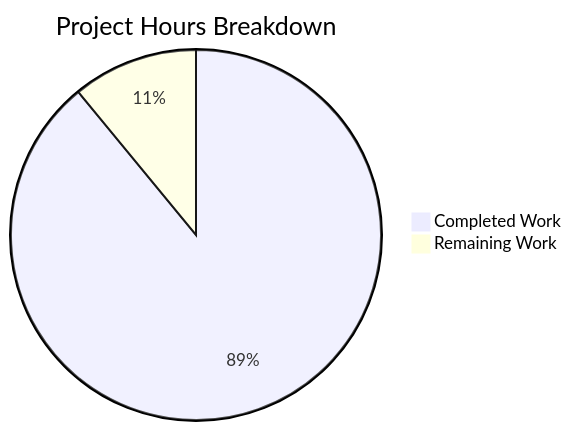
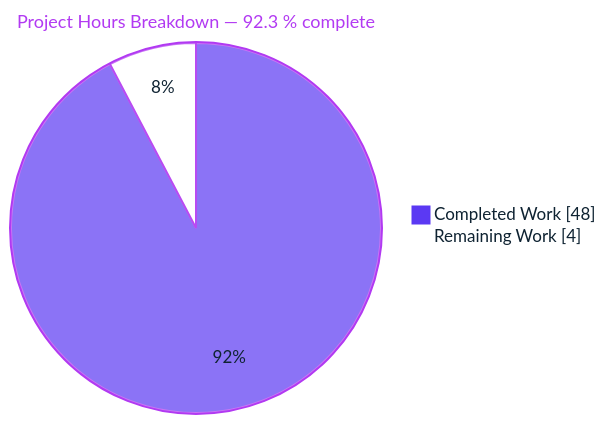
One commit to Blitzy-Sandbox/blitzy-nginx changed the second of 3 diagrams in blitzy/documentation/Project Guide.md. Above: the diagram before and after it, drawn with Mermaid. The commit also changed other lines of this file, not shown here.

Commit message:
Adding Blitzy Project Guide: Project Status and Human Tasks Remaining

````diff
--- a/blitzy/documentation/Project Guide.md
+++ b/blitzy/documentation/Project Guide.md
@@ -207,5 +234,6 @@
 ```mermaid
-pie title Project Hours Breakdown
-    "Completed Work" : 65
-    "Remaining Work" : 8
+%%{init: {'theme':'base', 'themeVariables': {'pie1':'#5B39F3','pie2':'#FFFFFF','pieStrokeColor':'#B23AF2','pieOuterStrokeColor':'#B23AF2','pieTitleTextSize':'18px','pieTitleTextColor':'#B23AF2','pieSectionTextColor':'#0f2332','pieLegendTextColor':'#0f2332'}}}%%
+pie showData title Project Hours Breakdown — 92.3 % complete
+    "Completed Work" : 48
+    "Remaining Work" : 4
 ```
````
